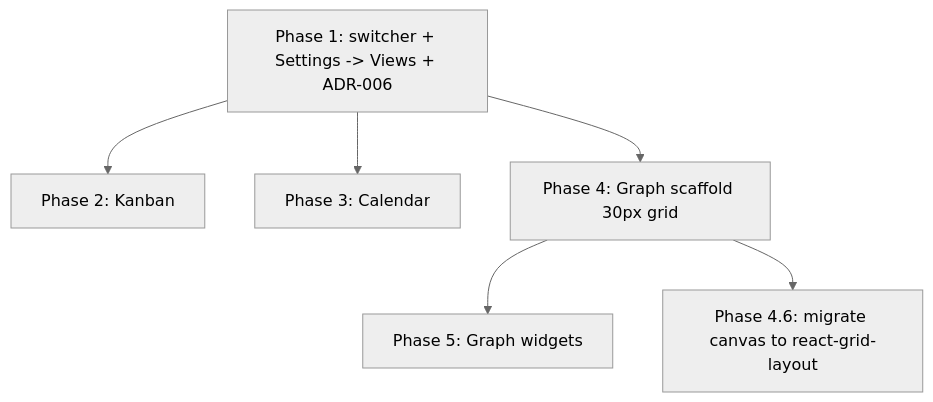
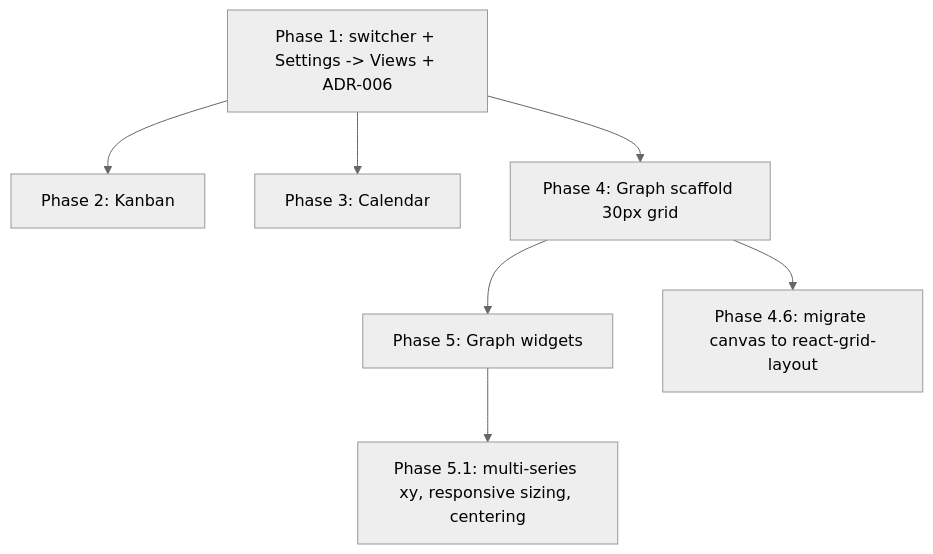
Before and after one commit to noiia/EERP: the second of 2 diagrams in docs/roadmaps/list-view-modes.md, drawn with Mermaid (neutral theme). The commit also changed other lines of this file and 7 other files, not shown here.

First line of the commit message:
fix(graph): multi-series xy chart with axes, responsive widget sizing

````diff
--- a/docs/roadmaps/list-view-modes.md
+++ b/docs/roadmaps/list-view-modes.md
@@ -577,8 +619,9 @@
 ```mermaid
 flowchart TD
     P1[Phase 1: switcher + Settings -> Views + ADR-006] --> P2[Phase 2: Kanban]
     P1 --> P3[Phase 3: Calendar]
     P1 --> P4[Phase 4: Graph scaffold 30px grid]
     P4 --> P5[Phase 5: Graph widgets]
     P4 --> P46[Phase 4.6: migrate canvas to react-grid-layout]
+    P5 --> P51[Phase 5.1: multi-series xy, responsive sizing, centering]
 ```
````
